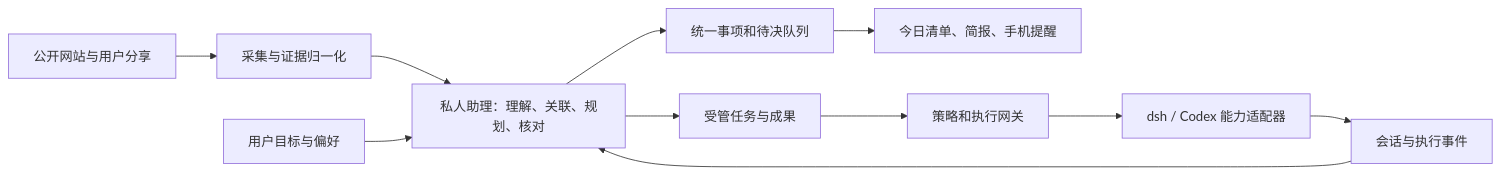
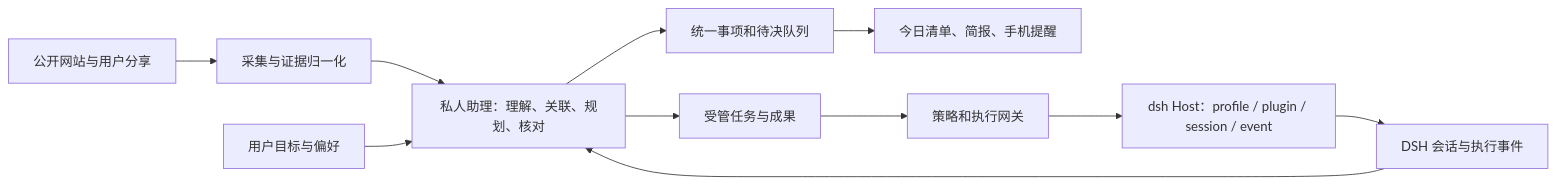
Before and after one commit to Names233/nightdesk: the diagram in README.md, drawn with Mermaid. The commit also changed other lines of this file, not shown here.

Commit message:
docs: establish dsh foundation

````diff
--- a/README.md
+++ b/README.md
@@ -41,13 +41,13 @@
 ```mermaid
 flowchart LR
     S[公开网站与用户分享] --> I[采集与证据归一化]
-    R[dsh / Codex 能力适配器] --> E[会话与执行事件]
+    D[dsh Host：profile / plugin / session / event] --> E[DSH 会话与执行事件]
     I --> A[私人助理：理解、关联、规划、核对]
     E --> A
     U[用户目标与偏好] --> A
     A --> Q[统一事项和待决队列]
     Q --> N[今日清单、简报、手机提醒]
     A --> T[受管任务与成果]
     T --> G[策略和执行网关]
-    G --> R
+    G --> D
 ```
````
